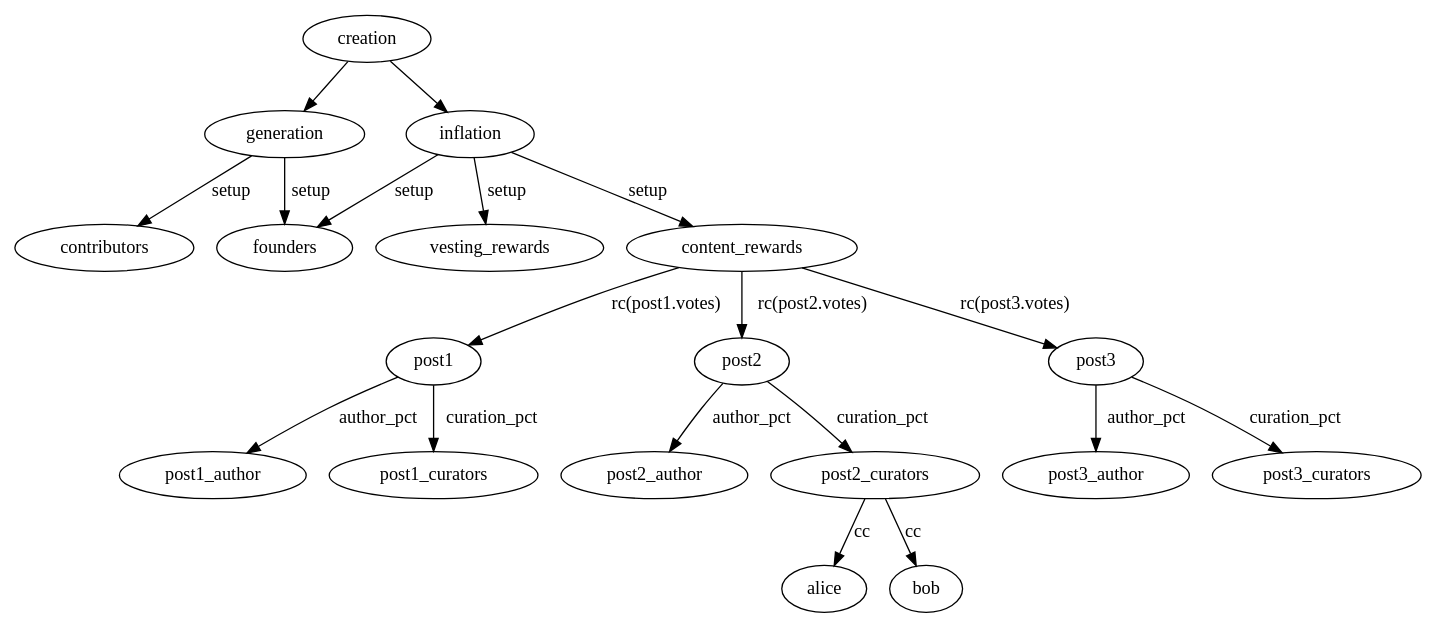
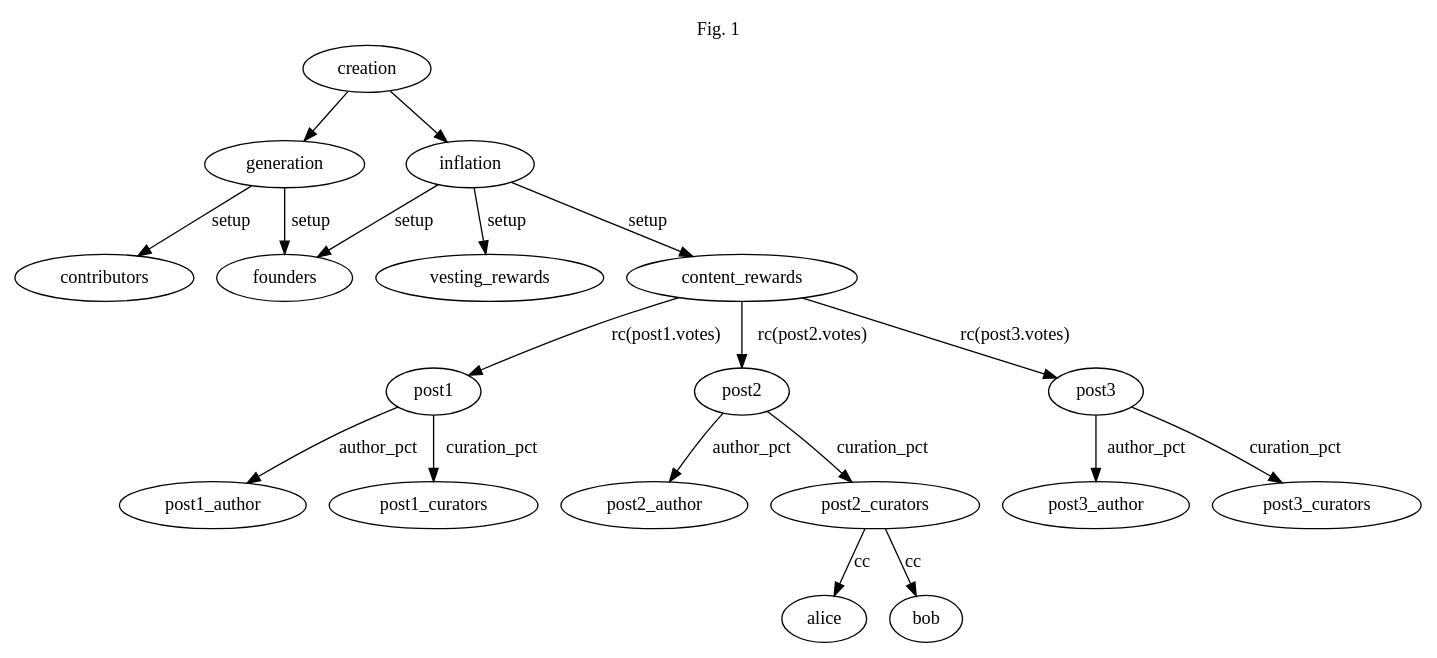
One commit to steemit/smt-whitepaper changed the diagram in smt-manual/creation.dot. Above: the diagram before and after it, drawn with Graphviz.

Commit message:
Added figure reference to creation flowchart. Issue #13

```diff
--- a/smt-manual/creation.dot
+++ b/smt-manual/creation.dot
@@ -1,26 +1,29 @@
 digraph {
     creation -> generation;
     creation -> inflation;
     generation -> founders[label="setup"];
     generation -> contributors[label="setup"];
     inflation -> founders[label="setup"];
     inflation -> content_rewards[label="setup"];
     inflation -> vesting_rewards[label="setup"];
 
     content_rewards -> post1[label="rc(post1.votes)"];
     content_rewards -> post2[label="rc(post2.votes)"];
     content_rewards -> post3[label="rc(post3.votes)"];
 
     post1 -> post1_author[label="author_pct"];
     post1 -> post1_curators[label="curation_pct"];
 
     post2 -> post2_author[label="author_pct"];
     post2 -> post2_curators[label="curation_pct"];
 
     post3 -> post3_author[label="author_pct"];
     post3 -> post3_curators[label="curation_pct"];
 
     post2_curators -> alice[label="cc"];
     post2_curators -> bob[label="cc"];
 
+    // Title
+    labelloc = "t";
+	label = "Fig. 1";
 }
```
